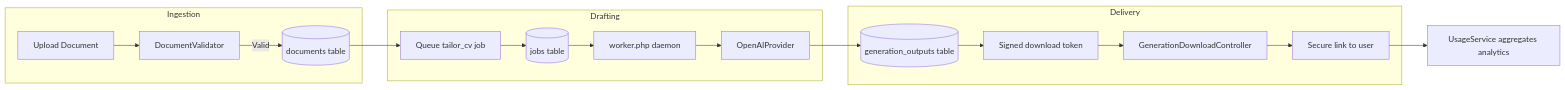
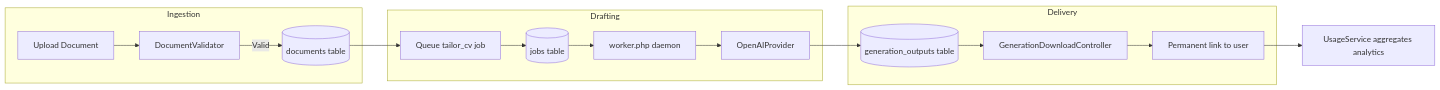
One commit to smeird/job changed the second of 2 diagrams in README.md. Above: the diagram before and after it, drawn with Mermaid. The commit also changed other lines of this file and 5 other files, not shown here.

````diff
--- a/README.md
+++ b/README.md
@@ -47,23 +47,22 @@
 ```mermaid
 flowchart LR
     subgraph Ingestion
         A[Upload Document] --> B[DocumentValidator]
         B -->|Valid| C[(documents table)]
     end
 
     subgraph Drafting
         C --> D[Queue tailor_cv job]
         D --> E[(jobs table)]
         E --> F[worker.php daemon]
         F --> G[OpenAIProvider]
     end
 
     subgraph Delivery
         G --> H[(generation_outputs table)]
-        H --> I[Signed download token]
-        I --> J[GenerationDownloadController]
-        J --> K[Secure link to user]
+        H --> I[GenerationDownloadController]
+        I --> J[Permanent link to user]
     end
 
-    K --> L[UsageService aggregates analytics]
+    J --> K[UsageService aggregates analytics]
 ```
````
